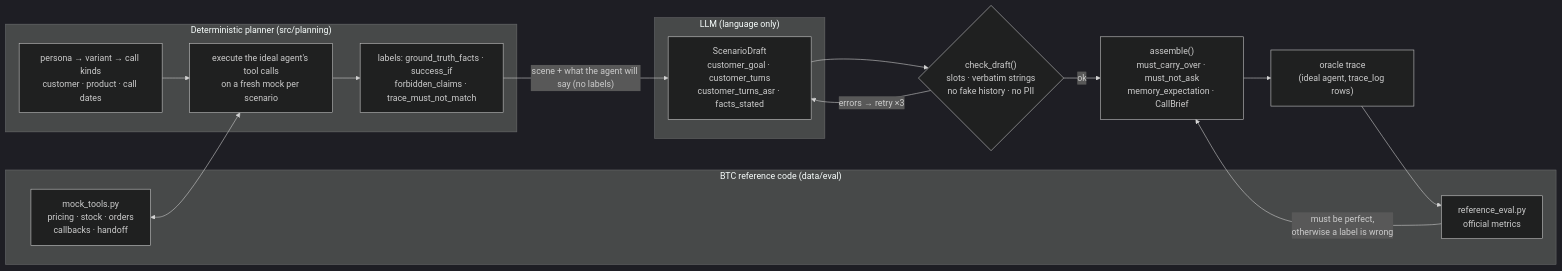
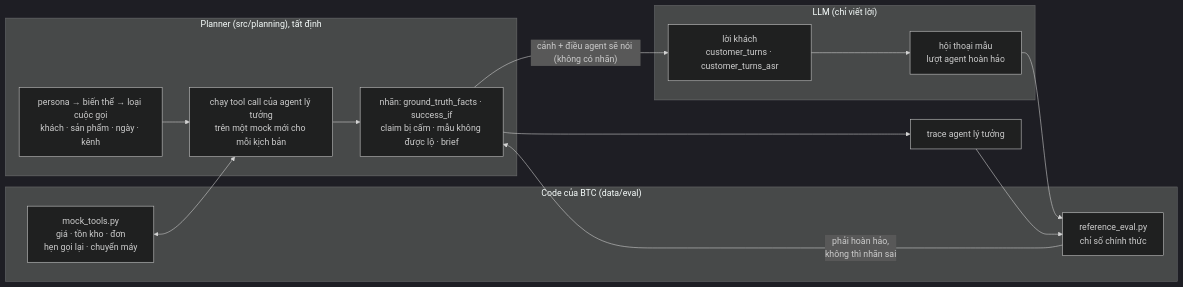
Before and after one commit to queenley/capstone_sudocode2026: the first of 3 diagrams in evaluation/data-generation/README.md, drawn with Mermaid (dark theme). The commit also changed other lines of this file and 1541 other files, not shown here.

````diff
--- a/evaluation/data-generation/README.md
+++ b/evaluation/data-generation/README.md
@@ -44,25 +37,23 @@
 ```mermaid
 flowchart LR
-    subgraph btc["BTC reference code (data/eval)"]
-        MT["mock_tools.py<br/>pricing · stock · orders<br/>callbacks · handoff"]
-        RE["reference_eval.py<br/>official metrics"]
+    subgraph btc["Code của BTC (data/eval)"]
+        MT["mock_tools.py<br/>giá · tồn kho · đơn<br/>hẹn gọi lại · chuyển máy"]
+        RE["reference_eval.py<br/>chỉ số chính thức"]
     end
-    subgraph plan["Deterministic planner (src/planning)"]
-        P1["persona → variant → call kinds<br/>customer · product · call dates"]
-        P2["execute the ideal agent's tool calls<br/>on a fresh mock per scenario"]
-        P3["labels: ground_truth_facts · success_if<br/>forbidden_claims · trace_must_not_match"]
+    subgraph plan["Planner (src/planning), tất định"]
+        P1["persona → biến thể → loại cuộc gọi<br/>khách · sản phẩm · ngày · kênh"]
+        P2["chạy tool call của agent lý tưởng<br/>trên một mock mới cho mỗi kịch bản"]
+        P3["nhãn: ground_truth_facts · success_if<br/>claim bị cấm · mẫu không được lộ · brief"]
     end
-    subgraph llm["LLM (language only)"]
-        D["ScenarioDraft<br/>customer_goal · customer_turns<br/>customer_turns_asr · facts_stated"]
+    subgraph llm["LLM (chỉ viết lời)"]
+        D["lời khách<br/>customer_turns · customer_turns_asr"]
+        C["hội thoại mẫu<br/>lượt agent hoàn hảo"]
     end
-    CHK{"check_draft()<br/>slots · verbatim strings<br/>no fake history · no PII"}
-    ASM["assemble()<br/>must_carry_over · must_not_ask<br/>memory_expectation · CallBrief"]
-    OR["oracle trace<br/>(ideal agent, trace_log rows)"]
-
     P1 --> P2 --> P3
     MT <--> P2
-    P3 -- "scene + what the agent will say (no labels)" --> D --> CHK
-    CHK -- "errors → retry ×3" --> D
-    CHK -- ok --> ASM --> OR --> RE
-    RE -- "must be perfect,<br/>otherwise a label is wrong" --> ASM
+    P3 -- "cảnh + điều agent sẽ nói (không có nhãn)" --> D
+    D --> C
+    P3 --> OR["trace agent lý tưởng"] --> RE
+    C --> RE
+    RE -- "phải hoàn hảo,<br/>không thì nhãn sai" --> P3
 ```
````
